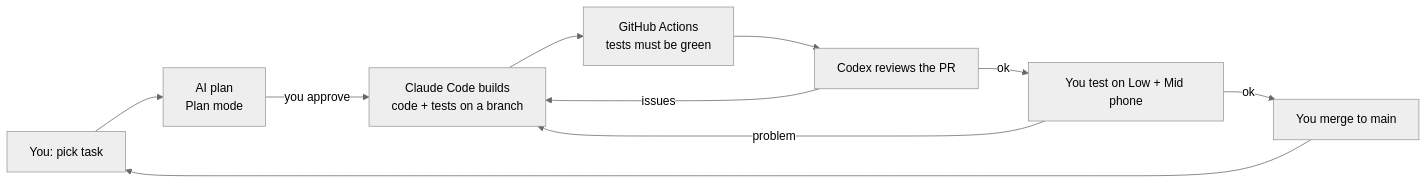
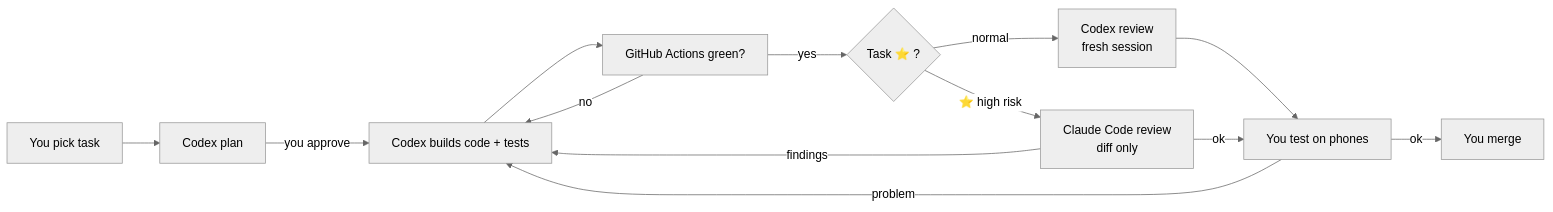
One commit to raghvendrprajapat/Home-ai changed the diagram in docs/build-process-guide.md. Above: the diagram before and after it, drawn with Mermaid (neutral theme). The commit also changed other lines of this file and 1 other file, not shown here.

First line of the commit message:
Build guide v2: Codex as main builder, Claude Code for high-risk checks

````diff
--- a/docs/build-process-guide.md
+++ b/docs/build-process-guide.md
@@ -60,12 +73,15 @@
 ```mermaid
 graph LR
-  You[You: pick task] --> Plan[AI plan<br/>Plan mode]
-  Plan -->|you approve| Build[Claude Code builds<br/>code + tests on a branch]
-  Build --> CI[GitHub Actions<br/>tests must be green]
-  CI --> Review[Codex reviews the PR]
-  Review -->|issues| Build
-  Review -->|ok| Phone[You test on Low + Mid phone]
-  Phone -->|problem| Build
-  Phone -->|ok| Merge[You merge to main]
-  Merge --> You
+  You[You pick task] --> P[Codex plan]
+  P -->|you approve| B[Codex builds code + tests]
+  B --> CI[GitHub Actions green?]
+  CI -->|no| B
+  CI -->|yes| R{Task ⭐ ?}
+  R -->|normal| RC[Codex review<br/>fresh session]
+  R -->|⭐ high risk| RCl[Claude Code review<br/>diff only]
+  RC --> Ph[You test on phones]
+  RCl -->|findings| B
+  RCl -->|ok| Ph
+  Ph -->|problem| B
+  Ph -->|ok| M[You merge]
 ```
````
